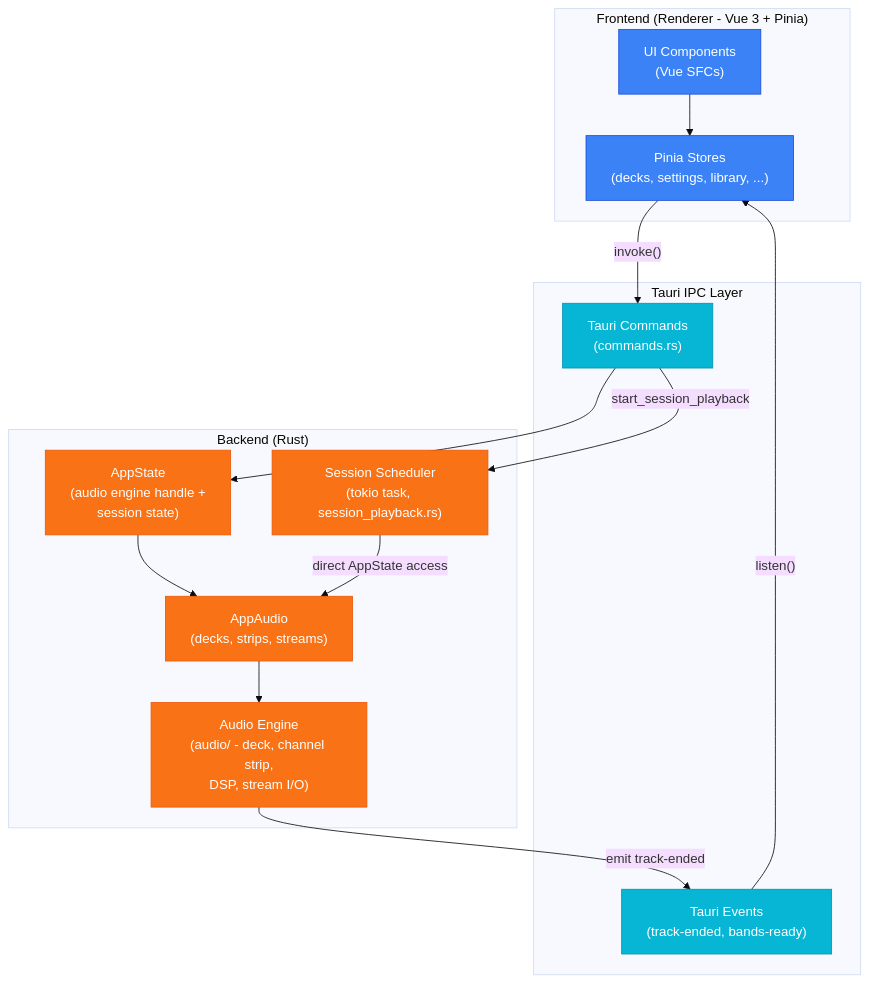
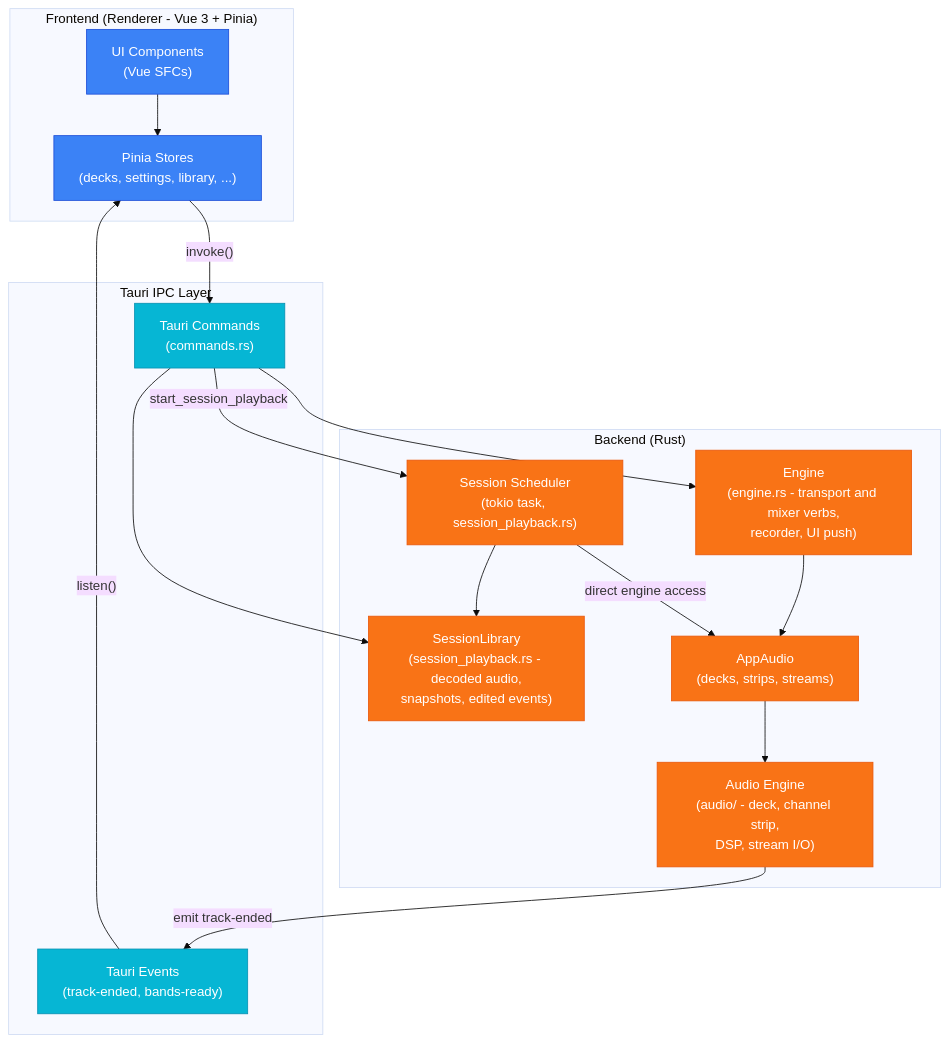
Before and after one commit to berrutti/beatmatcher: the first of 6 diagrams in architecture.md, drawn with Mermaid (base theme). The commit also changed other lines of this file and 158 other files, not shown here.

First line of the commit message:
chore: Architecture cleanups (#90)

````diff
--- a/architecture.md
+++ b/architecture.md
@@ -5,33 +5,36 @@
 ```mermaid
 graph TD
     classDef frontend fill:#3b82f6,stroke:#1d4ed8,color:#fff
     classDef ipc fill:#06b6d4,stroke:#0891b2,color:#fff
     classDef backend fill:#f97316,stroke:#ea580c,color:#fff
 
     subgraph Frontend ["Frontend (Renderer - Vue 3 + Pinia)"]
         UI["UI Components\n(Vue SFCs)"]:::frontend
         Stores["Pinia Stores\n(decks, settings, library, ...)"]:::frontend
     end
 
     subgraph IPC ["Tauri IPC Layer"]
         Commands["Tauri Commands\n(commands.rs)"]:::ipc
         Events["Tauri Events\n(track-ended, bands-ready)"]:::ipc
     end
 
     subgraph Backend ["Backend (Rust)"]
-        AppState["AppState\n(audio engine handle +\nsession state)"]:::backend
+        Engine["Engine\n(engine.rs - transport and mixer verbs,\nrecorder, UI push)"]:::backend
+        Sessions["SessionLibrary\n(session_playback.rs - decoded audio,\nsnapshots, edited events)"]:::backend
         Audio["AppAudio\n(decks, strips, streams)"]:::backend
-        Engine["Audio Engine\n(audio/ - deck, channel strip,\nDSP, stream I/O)"]:::backend
+        Dsp["Audio Engine\n(audio/ - deck, channel strip,\nDSP, stream I/O)"]:::backend
         Scheduler["Session Scheduler\n(tokio task, session_playback.rs)"]:::backend
     end
 
     UI --> Stores
     Stores -- "invoke()" --> Commands
     Events -- "listen()" --> Stores
-    Commands --> AppState
-    AppState --> Audio
-    Audio --> Engine
-    Engine -- "emit track-ended" --> Events
+    Commands --> Engine
+    Commands --> Sessions
+    Engine --> Audio
+    Audio --> Dsp
+    Dsp -- "emit track-ended" --> Events
     Commands -- "start_session_playback" --> Scheduler
-    Scheduler -- "direct AppState access" --> Audio
+    Scheduler --> Sessions
+    Scheduler -- "direct engine access" --> Audio
 ```
````
